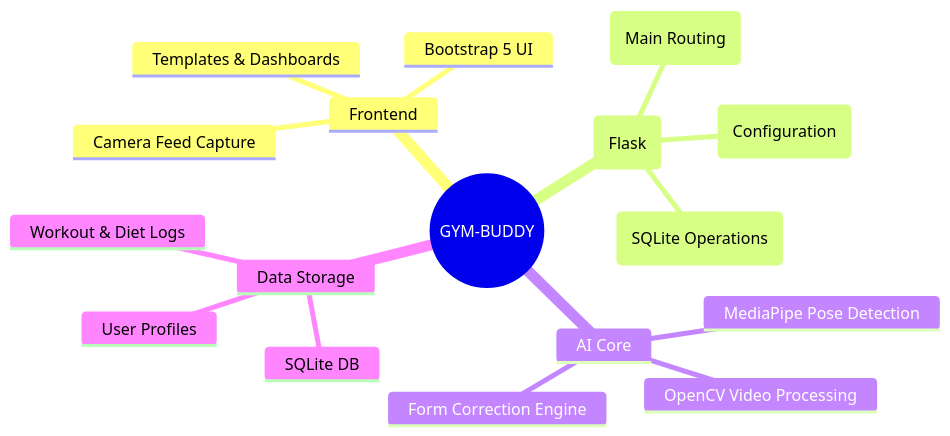
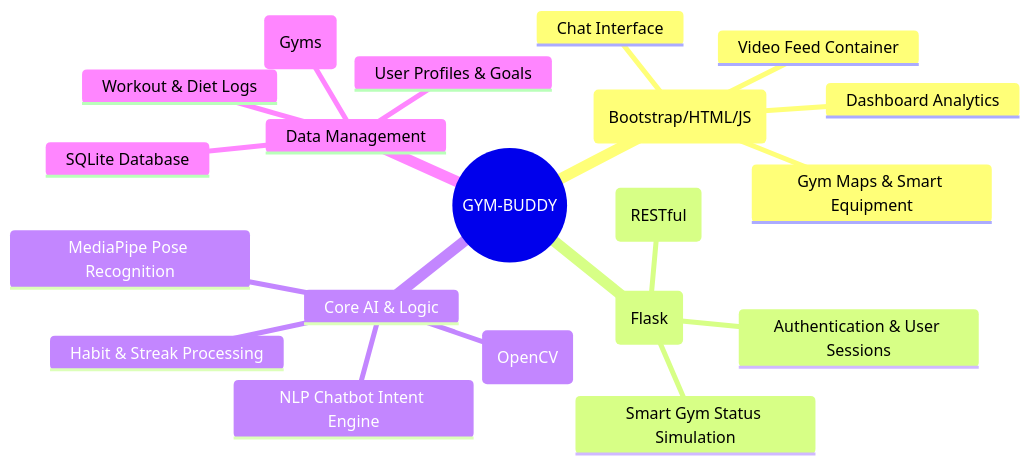
The diagram in README.md (ganeshboda5495007-byte/GYM-BUDDY), drawn with Mermaid before and after one commit. The commit also changed other lines of this file, not shown here.

Commit message:
Update README.md with proper roadmap, mindmap, and features

````diff
--- a/README.md
+++ b/README.md
@@ -19,20 +9,23 @@
 ```mermaid
 mindmap
   root((GYM-BUDDY))
-    Frontend
-      Bootstrap 5 UI
-      Templates & Dashboards
-      Camera Feed Capture
+    Frontend (Bootstrap/HTML/JS)
+      Dashboard Analytics
+      Video Feed Container
+      Chat Interface
+      Gym Maps & Smart Equipment
     Backend (Flask)
-      app.py (Main Routing)
-      config.py (Configuration)
-      database.py (SQLite Operations)
-    AI Core
-      MediaPipe Pose Detection
-      OpenCV Video Processing
-      Form Correction Engine
-    Data Storage
-      SQLite DB
-      User Profiles
+      Authentication & User Sessions
+      API Routing (RESTful)
+      Smart Gym Status Simulation
+    Core AI & Logic
+      MediaPipe Pose Recognition
+      Computer Vision (OpenCV)
+      NLP Chatbot Intent Engine
+      Habit & Streak Processing
+    Data Management
+      SQLite Database
       Workout & Diet Logs
+      User Profiles & Goals
+      External Locations (Gyms)
 ```
````
